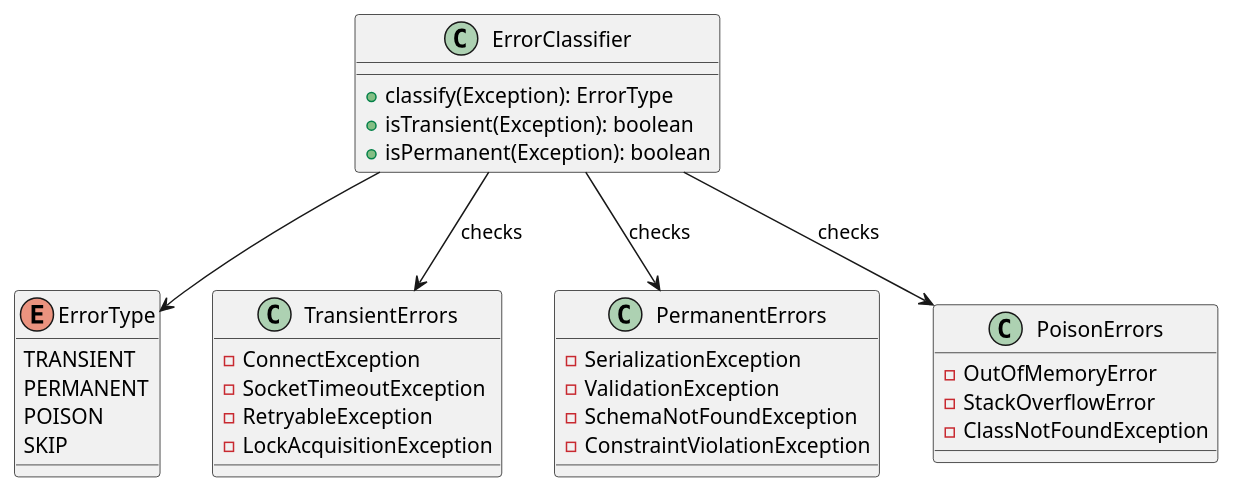
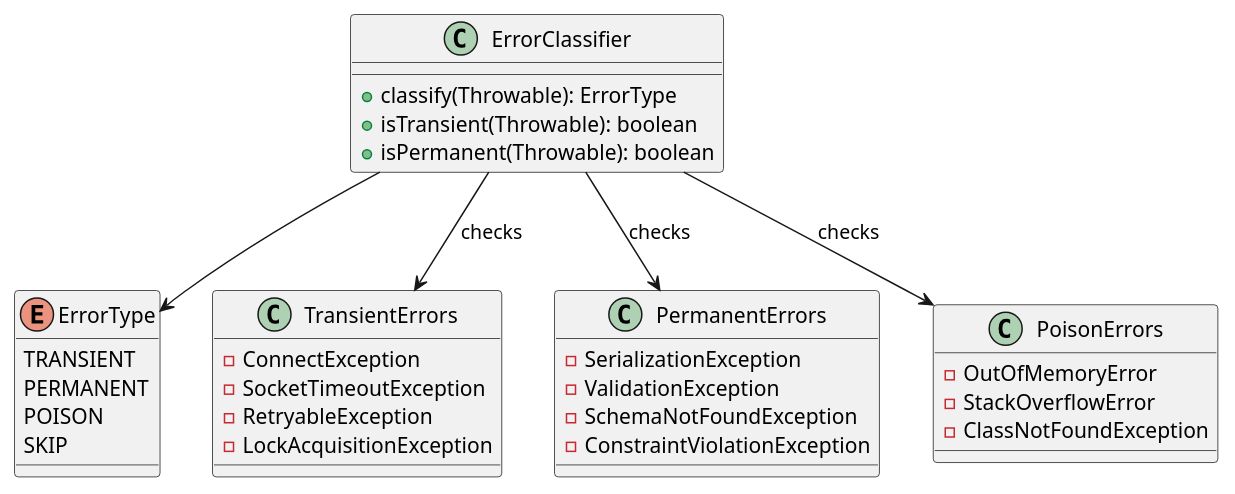
The third of 8 diagrams in docs/data-platforms/kafka/application-development/error-handling/dead-letter-queues.md (axonops/documentation), drawn with PlantUML before and after one commit. The commit also changed other lines of this file and 14 other files, not shown here.

````diff
--- a/docs/data-platforms/kafka/application-development/error-handling/dead-letter-queues.md
+++ b/docs/data-platforms/kafka/application-development/error-handling/dead-letter-queues.md
@@ -211,44 +211,44 @@
 ```plantuml
 @startuml
 skinparam backgroundColor transparent
 
 class ErrorClassifier {
-    + classify(Exception): ErrorType
-    + isTransient(Exception): boolean
-    + isPermanent(Exception): boolean
+    + classify(Throwable): ErrorType
+    + isTransient(Throwable): boolean
+    + isPermanent(Throwable): boolean
 }
 
 enum ErrorType {
     TRANSIENT
     PERMANENT
     POISON
     SKIP
 }
 
 class TransientErrors {
     - ConnectException
     - SocketTimeoutException
     - RetryableException
     - LockAcquisitionException
 }
 
 class PermanentErrors {
     - SerializationException
     - ValidationException
     - SchemaNotFoundException
     - ConstraintViolationException
 }
 
 class PoisonErrors {
     - OutOfMemoryError
     - StackOverflowError
     - ClassNotFoundException
 }
 
 ErrorClassifier --> ErrorType
 ErrorClassifier --> TransientErrors : checks
 ErrorClassifier --> PermanentErrors : checks
 ErrorClassifier --> PoisonErrors : checks
 
 @enduml
 ```
````
